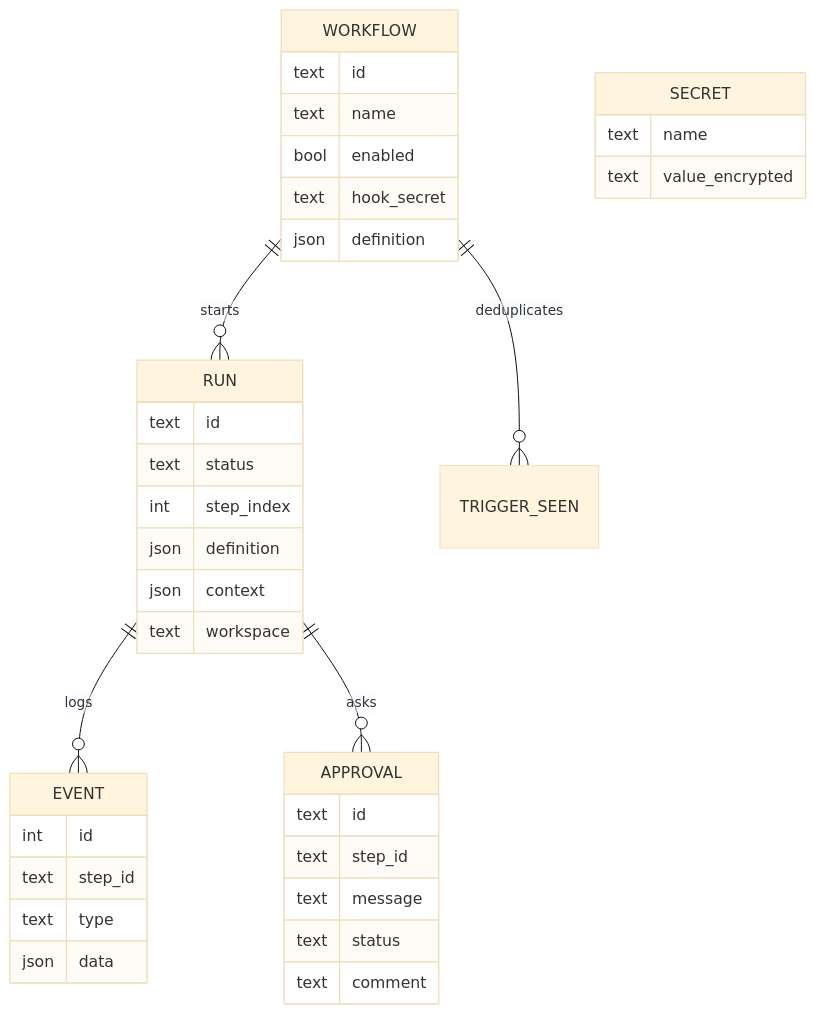
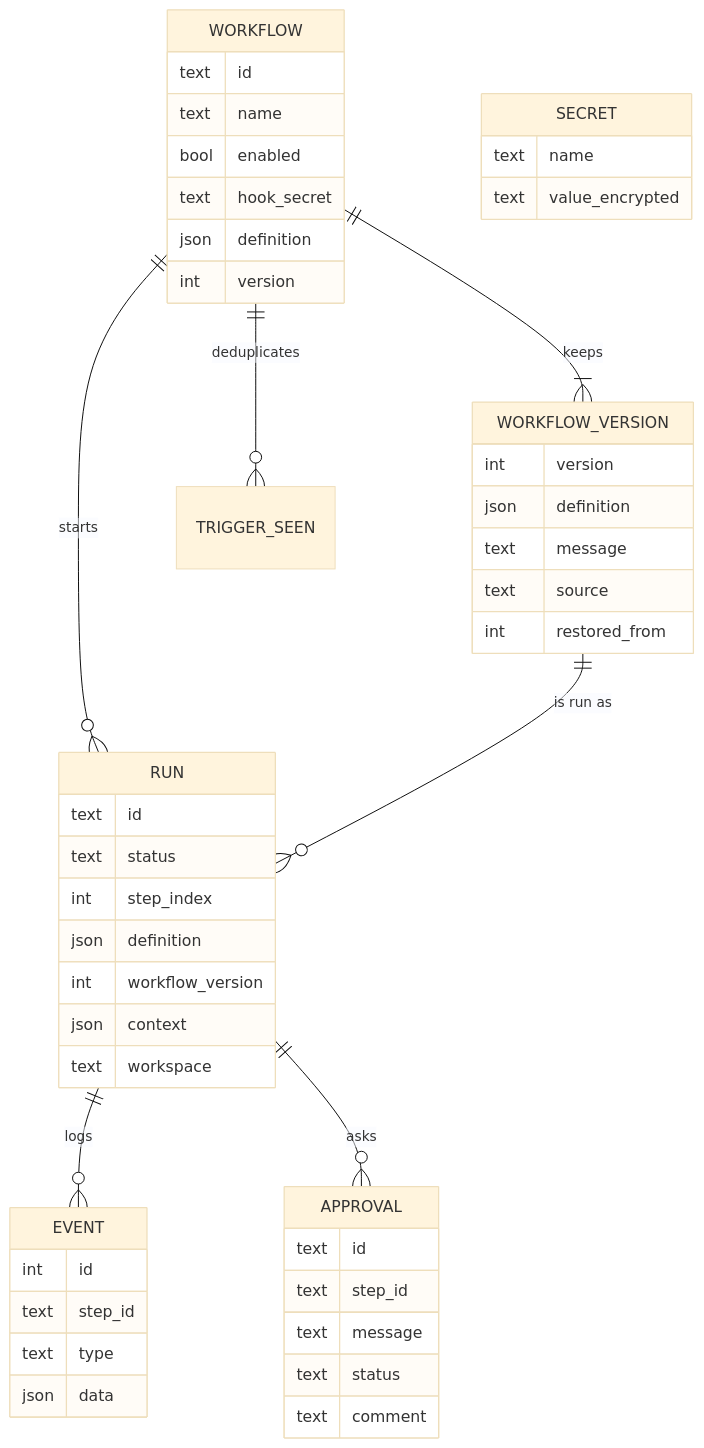
The seventh of 10 diagrams in docs/ARCHITECTURE.md (murilopereirame/automatic-system), drawn with Mermaid (base theme) before and after one commit. The commit also changed other lines of this file and 23 other files, not shown here.

First line of the commit message:
Version every workflow save, with diff and rollback

````diff
--- a/docs/ARCHITECTURE.md
+++ b/docs/ARCHITECTURE.md
@@ -186,39 +187,50 @@
 ```mermaid
 erDiagram
     WORKFLOW ||--o{ RUN : "starts"
+    WORKFLOW ||--|{ WORKFLOW_VERSION : "keeps"
+    WORKFLOW_VERSION ||--o{ RUN : "is run as"
     RUN ||--o{ EVENT : "logs"
     RUN ||--o{ APPROVAL : "asks"
     WORKFLOW ||--o{ TRIGGER_SEEN : "deduplicates"
     WORKFLOW {
         text id
         text name
         bool enabled
         text hook_secret
         json definition
+        int version
+    }
+    WORKFLOW_VERSION {
+        int version
+        json definition
+        text message
+        text source
+        int restored_from
     }
     RUN {
         text id
         text status
         int step_index
         json definition
+        int workflow_version
         json context
         text workspace
     }
     EVENT {
         int id
         text step_id
         text type
         json data
     }
     APPROVAL {
         text id
         text step_id
         text message
         text status
         text comment
     }
     SECRET {
         text name
         text value_encrypted
     }
 ```
````
